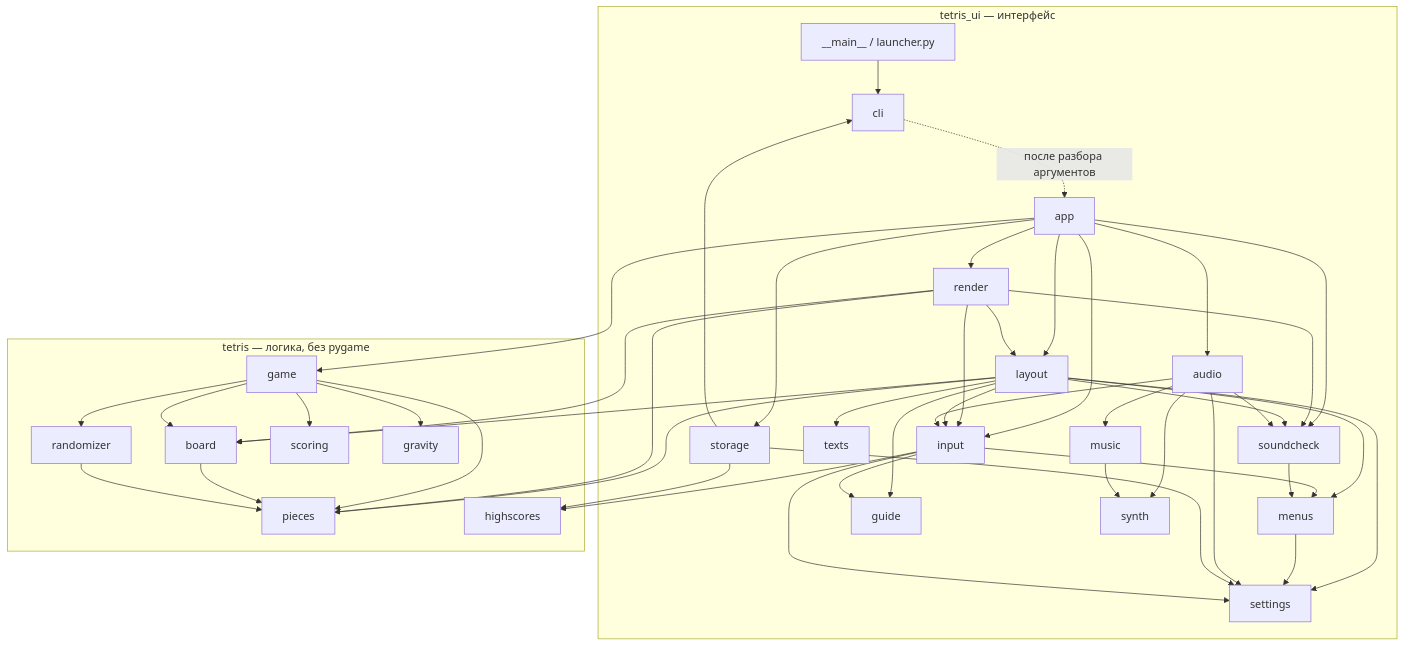
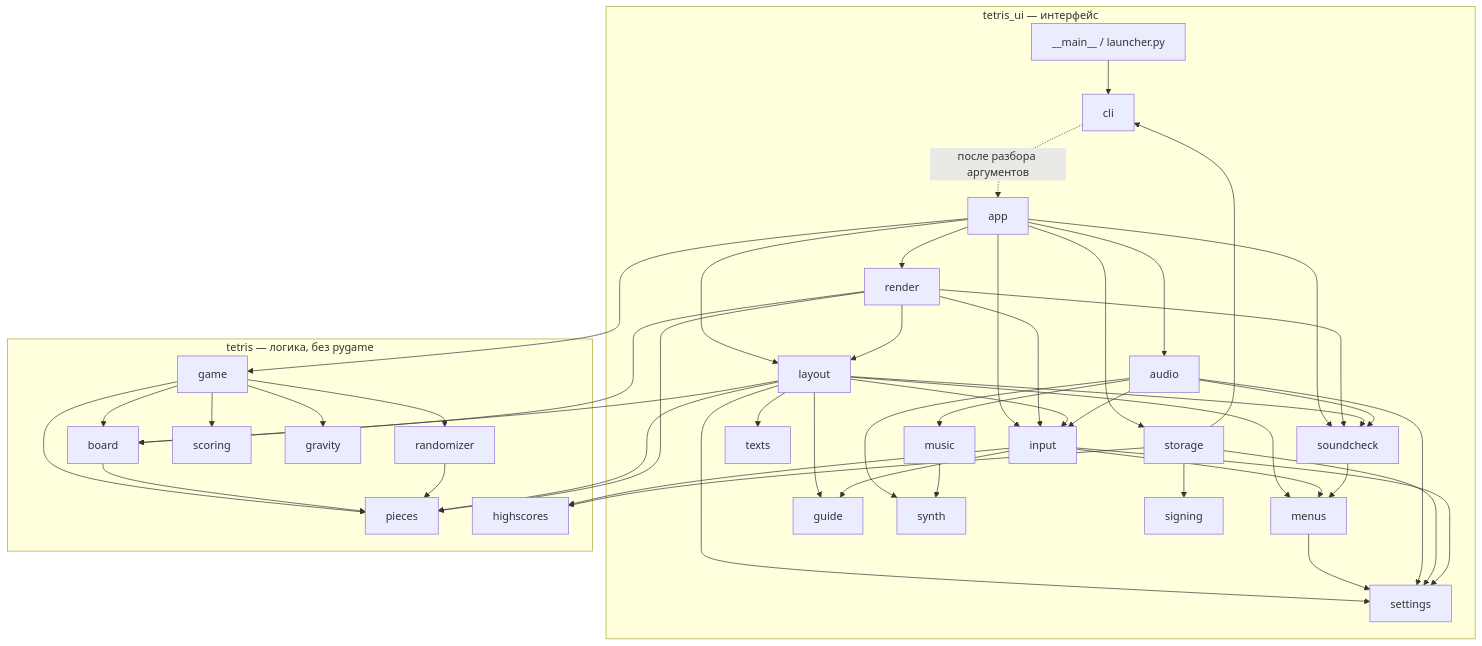
The first of 3 diagrams in docs/architecture.md (gadtakoi/tetris), drawn with Mermaid before and after one commit. The commit also changed other lines of this file and 15 other files, not shown here.

````diff
--- a/docs/architecture.md
+++ b/docs/architecture.md
@@ -14,28 +14,28 @@
 ```mermaid
 flowchart TB
     subgraph ui["tetris_ui — интерфейс"]
         main["__main__ / launcher.py"] --> cli
         cli -.->|"после разбора аргументов"| app
         app --> input & render & audio & storage & layout & soundcheck
         render --> layout & input & soundcheck
         layout --> input & menus & texts & guide & soundcheck & settings
         input --> menus & guide
         menus --> settings
         audio --> synth & music & input & soundcheck & settings
         music --> synth
         soundcheck --> menus
-        storage --> settings & cli
+        storage --> settings & cli & signing
         input --> settings
     end
     subgraph logic["tetris — логика, без pygame"]
         game --> board & pieces & randomizer & scoring & gravity
         board --> pieces
         randomizer --> pieces
         highscores
     end
     app --> game
     input --> highscores
     storage --> highscores
     layout --> board & pieces
     render --> board & pieces
 ```
````
